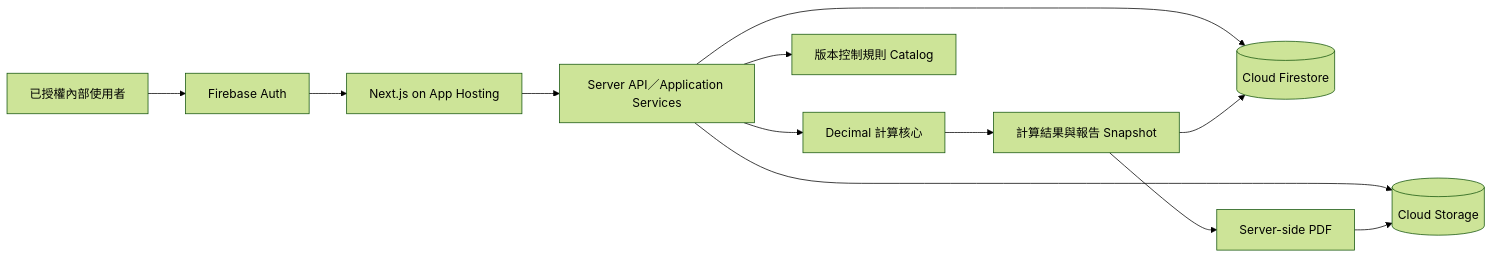
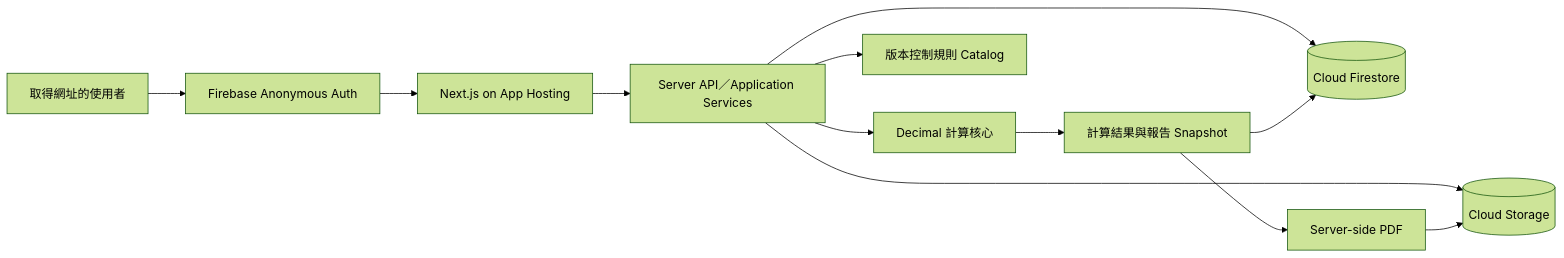
One commit to jedchang0308-jenfu/Grease-Trap-Design-System changed the diagram in ai-doc/project_overview.md. Above: the diagram before and after it, drawn with Mermaid (forest theme). The commit also changed other lines of this file and 70 other files, not shown here.

````diff
--- a/ai-doc/project_overview.md
+++ b/ai-doc/project_overview.md
@@ -20,14 +20,14 @@
 ```mermaid
 flowchart LR
-    U["已授權內部使用者"] --> AUTH["Firebase Auth"]
+    U["取得網址的使用者"] --> AUTH["Firebase Anonymous Auth"]
     AUTH --> APP["Next.js on App Hosting"]
     APP --> API["Server API／Application Services"]
     API --> CALC["Decimal 計算核心"]
     API --> RULE["版本控制規則 Catalog"]
     API --> FS[("Cloud Firestore")]
     API --> STORE[("Cloud Storage")]
     CALC --> SNAP["計算結果與報告 Snapshot"]
     SNAP --> FS
     SNAP --> PDF["Server-side PDF"]
     PDF --> STORE
 ```
````
